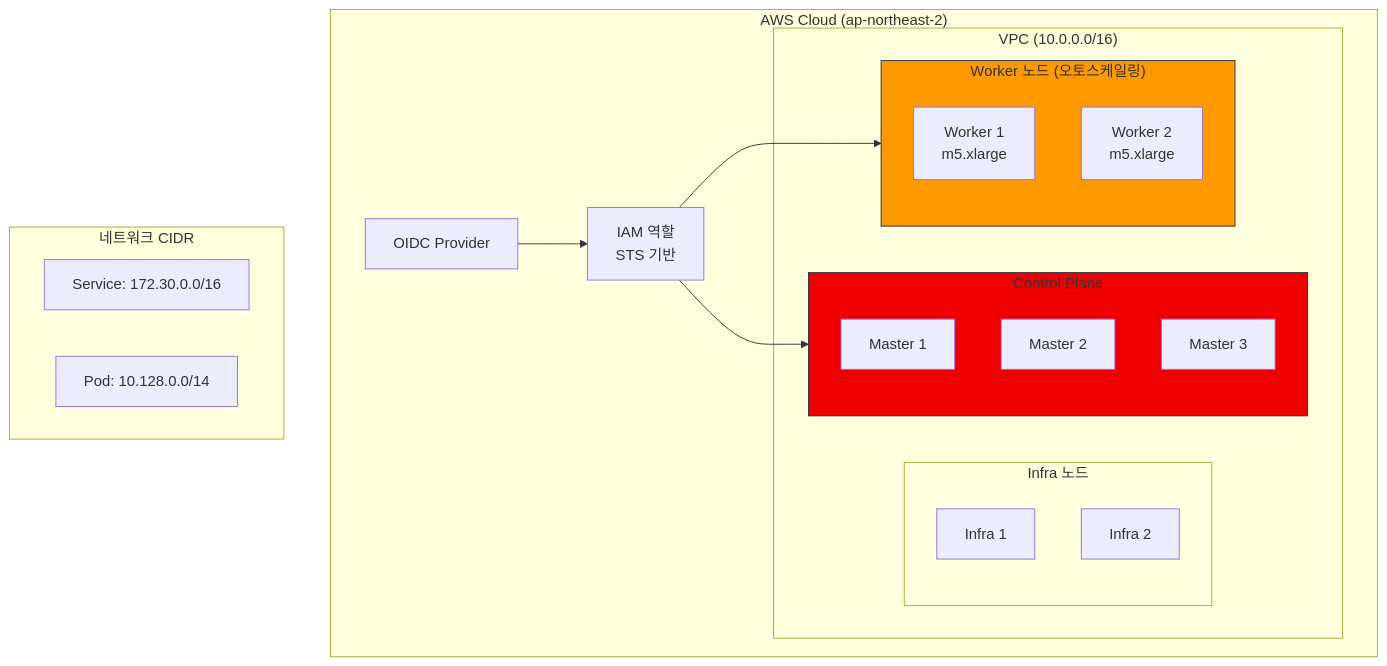
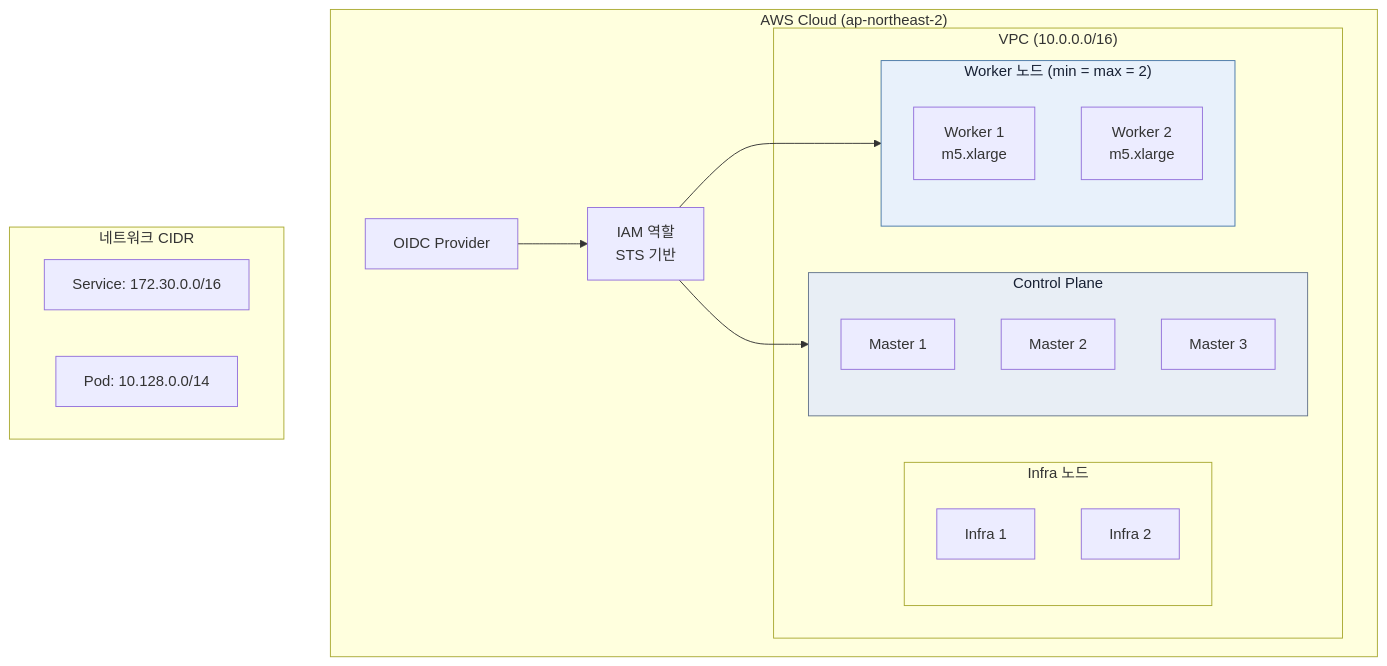
One commit to devfloor9/engineering-playbook changed the diagram in docs/rosa/rosa-demo-installation.md. Above: the diagram before and after it, drawn with Mermaid. The commit also changed other lines of this file and 5 other files, not shown here.

````diff
--- a/docs/rosa/rosa-demo-installation.md
+++ b/docs/rosa/rosa-demo-installation.md
@@ -200,34 +206,34 @@
 ```mermaid
 graph TB
     subgraph AWS["AWS Cloud (ap-northeast-2)"]
         subgraph VPC["VPC (10.0.0.0/16)"]
             subgraph CP["Control Plane"]
                 M1[Master 1]
                 M2[Master 2]
                 M3[Master 3]
             end
             subgraph Infra["Infra 노드"]
                 I1[Infra 1]
                 I2[Infra 2]
             end
-            subgraph Workers["Worker 노드 (오토스케일링)"]
+            subgraph Workers["Worker 노드 (min = max = 2)"]
                 W1[Worker 1<br/>m5.xlarge]
                 W2[Worker 2<br/>m5.xlarge]
             end
         end
         IAM[IAM 역할<br/>STS 기반]
         OIDC[OIDC Provider]
     end
 
     subgraph Network["네트워크 CIDR"]
         SC["Service: 172.30.0.0/16"]
         PC["Pod: 10.128.0.0/14"]
     end
 
     IAM --> CP
     IAM --> Workers
     OIDC --> IAM
 
-    style CP fill:#EE0000,stroke:#232f3e
-    style Workers fill:#ff9900,stroke:#232f3e
+    style CP fill:#e8eef5,stroke:#64748b,color:#172033
+    style Workers fill:#e8f1fb,stroke:#4777a8,color:#172033
 ```
````
